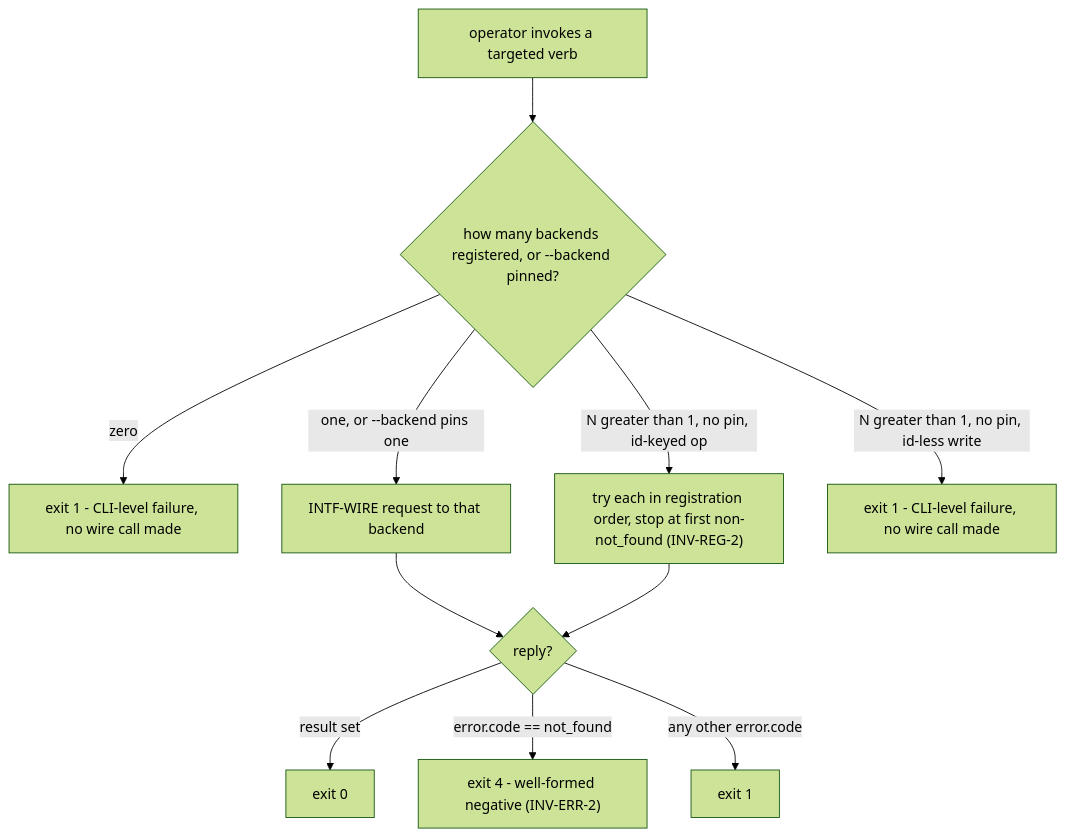
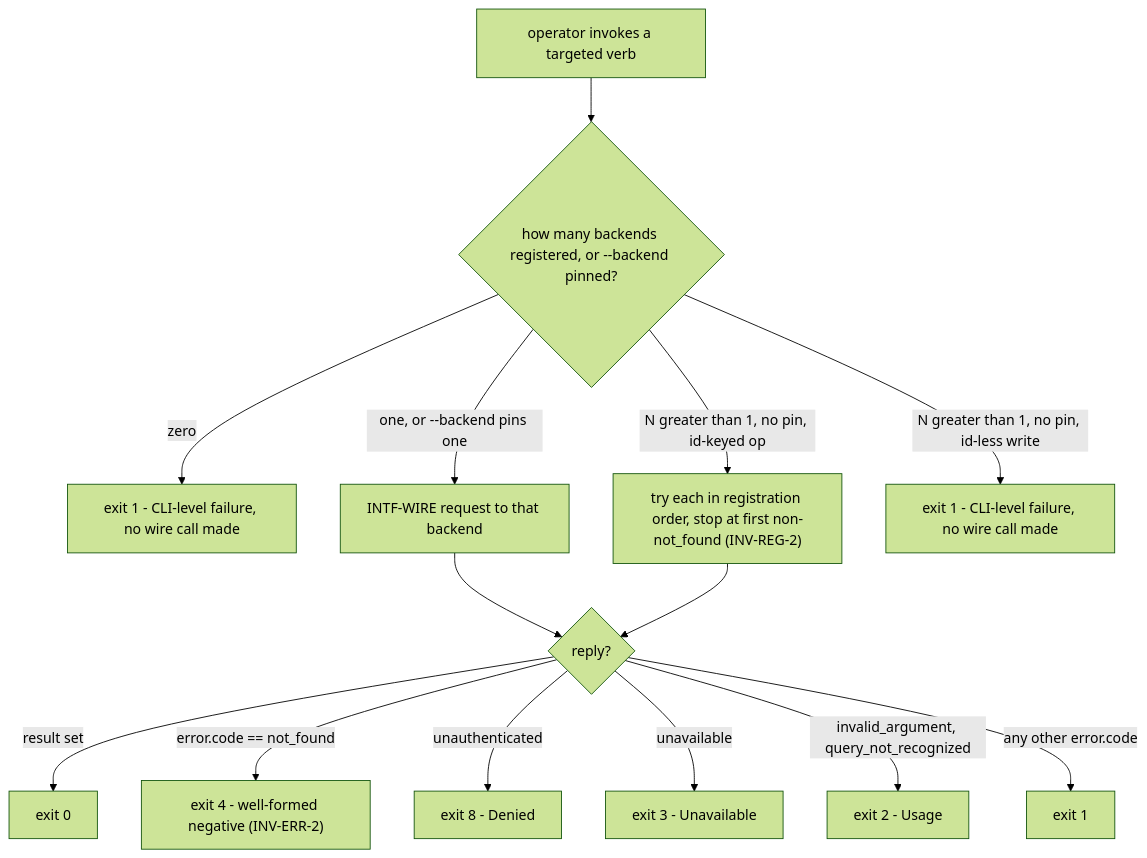
Before and after one commit to phillipgreenii/nix-agent-support: the fourth of 15 diagrams in packages/pg-connector/docs/behavior/journeys.md, drawn with Mermaid (forest theme). The commit also changed other lines of this file and 48 other files, not shown here.

````diff
--- a/packages/pg-connector/docs/behavior/journeys.md
+++ b/packages/pg-connector/docs/behavior/journeys.md
@@ -240,13 +240,16 @@
 ```mermaid
 flowchart TD
     call["operator invokes a targeted verb"] --> n{"how many backends registered, or --backend pinned?"}
     n -->|"zero"| e1a["exit 1 - CLI-level failure, no wire call made"]
     n -->|"one, or --backend pins one"| dispatch["INTF-WIRE request to that backend"]
     n -->|"N greater than 1, no pin, id-keyed op"| tryeach["try each in registration order, stop at first non-not_found (INV-REG-2)"]
     n -->|"N greater than 1, no pin, id-less write"| e1c["exit 1 - CLI-level failure, no wire call made"]
     dispatch --> outcome{"reply?"}
     tryeach --> outcome
     outcome -->|"result set"| e0["exit 0"]
     outcome -->|"error.code == not_found"| e4["exit 4 - well-formed negative (INV-ERR-2)"]
+    outcome -->|"unauthenticated"| e8["exit 8 - Denied"]
+    outcome -->|"unavailable"| e3b["exit 3 - Unavailable"]
+    outcome -->|"invalid_argument, query_not_recognized"| e2b["exit 2 - Usage"]
     outcome -->|"any other error.code"| e1b["exit 1"]
 ```
````
